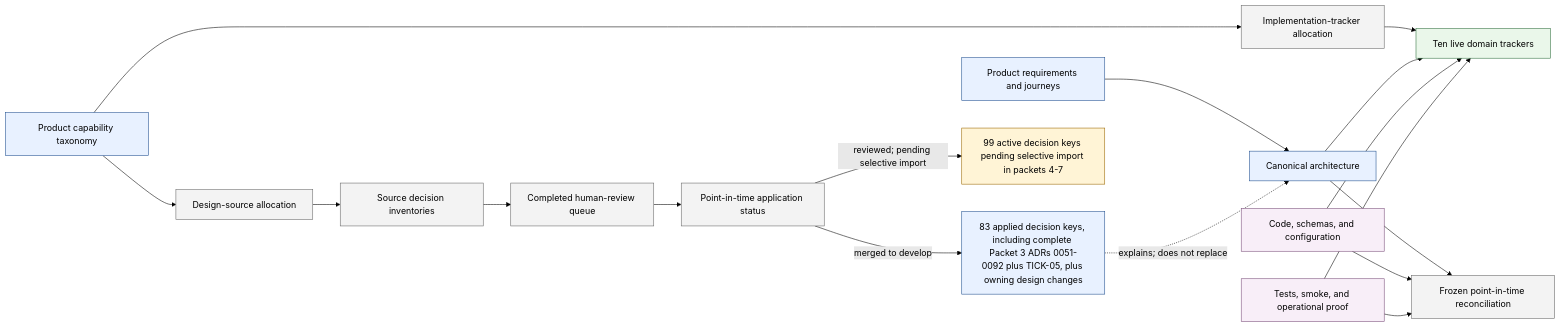
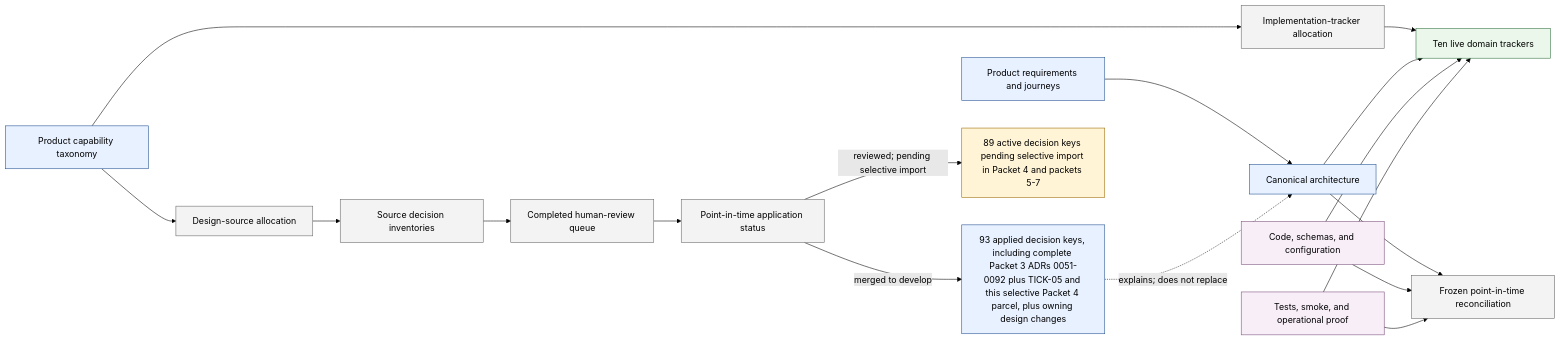
The diagram in design/project-management/design-alignment/README.md (benhook1013/FireMUD), drawn with Mermaid (forest theme) before and after one commit. The commit also changed other lines of this file and 39 other files, not shown here.

Commit message:
Import publication and generation ADR parcel

````diff
--- a/design/project-management/design-alignment/README.md
+++ b/design/project-management/design-alignment/README.md
@@ -27,27 +27,27 @@
 ```mermaid
 flowchart LR
     PRODUCT[Product requirements and journeys]:::canonical --> ARCH[Canonical architecture]:::canonical
     TAXONOMY[Product capability taxonomy]:::canonical --> DESIGN_ALLOC[Design-source allocation]:::alignment
     DESIGN_ALLOC --> SOURCE_INV[Source decision inventories]:::alignment
     SOURCE_INV --> HUMAN_QUEUE[Completed human-review queue]:::alignment
     HUMAN_QUEUE --> APPLY[Point-in-time application status]:::alignment
-    APPLY -->|merged to develop| ADRS[83 applied decision keys, including complete Packet 3 ADRs 0051-0092 plus TICK-05, plus owning design changes]:::canonical
+    APPLY -->|merged to develop| ADRS[93 applied decision keys, including complete Packet 3 ADRs 0051-0092 plus TICK-05 and this selective Packet 4 parcel, plus owning design changes]:::canonical
     ADRS -. explains; does not replace .-> ARCH
-    APPLY -->|reviewed; pending selective import| PENDING[99 active decision keys pending selective import in packets 4-7]:::pending
+    APPLY -->|reviewed; pending selective import| PENDING[89 active decision keys pending selective import in Packet 4 and packets 5-7]:::pending
 
     TAXONOMY --> TRACKER_ALLOC[Implementation-tracker allocation]:::alignment
     TRACKER_ALLOC --> TRACKERS[Ten live domain trackers]:::status
     ARCH --> TRACKERS
     CODE[Code, schemas, and configuration]:::evidence --> TRACKERS
     PROOF[Tests, smoke, and operational proof]:::evidence --> TRACKERS
 
     ARCH --> RECON[Frozen point-in-time reconciliation]:::alignment
     CODE --> RECON
     PROOF --> RECON
 
     classDef canonical fill:#e8f1ff,stroke:#1f4f8f
     classDef alignment fill:#f3f3f3,stroke:#666
     classDef pending fill:#fff4d6,stroke:#9a6700
     classDef status fill:#eaf7ea,stroke:#2f6f3e
     classDef evidence fill:#f8eef8,stroke:#7a4e7a
 ```
````
